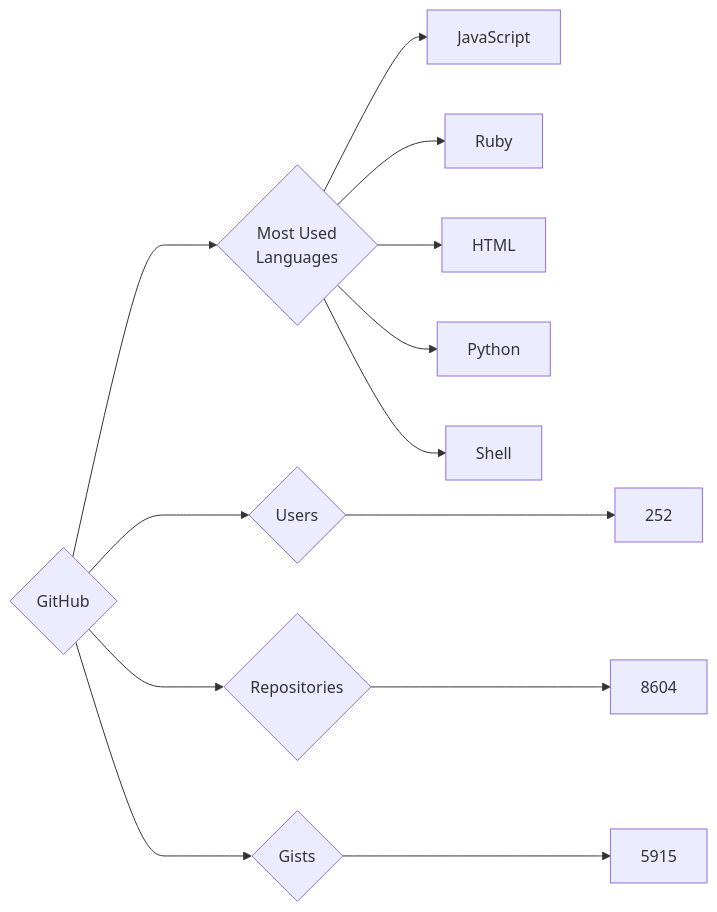
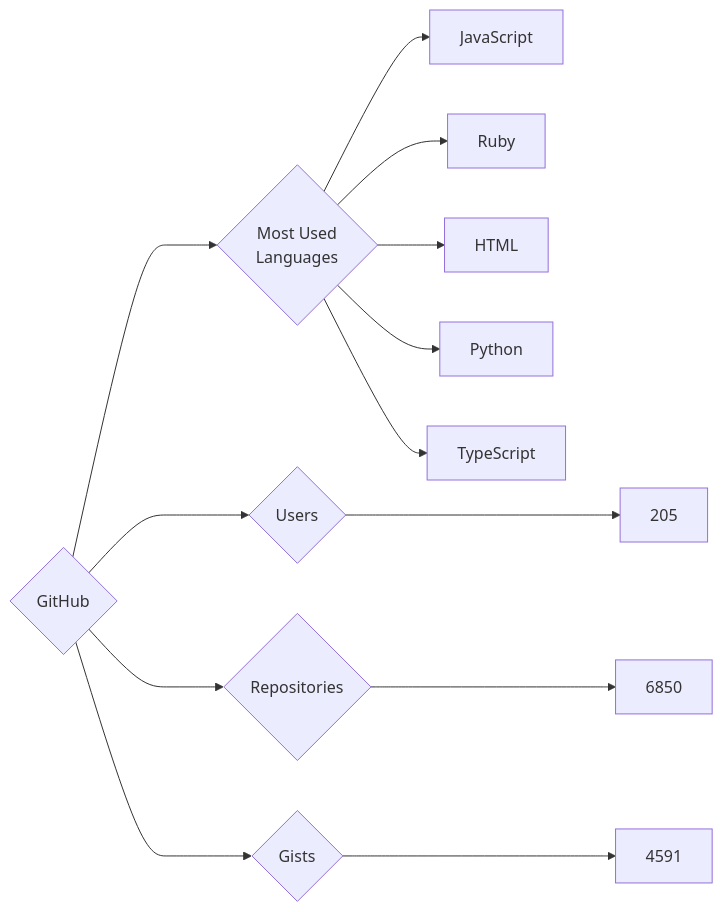
The diagram in targets/GitHub/README.md (trickest/insiders), drawn with Mermaid before and after one commit. The commit also changed 984 other files, not shown here.

````diff
--- a/targets/GitHub/README.md
+++ b/targets/GitHub/README.md
@@ -3,13 +3,13 @@
 ```mermaid
 graph LR
 COMPANY_NAME{GitHub}
-COMPANY_NAME ---> U{Users} ---> UN[252]
-COMPANY_NAME ---> R{Repositories} ---> RN[8604]
-COMPANY_NAME ---> G{Gists} ---> GN[5915]
+COMPANY_NAME ---> U{Users} ---> UN[205]
+COMPANY_NAME ---> R{Repositories} ---> RN[6850]
+COMPANY_NAME ---> G{Gists} ---> GN[4591]
 COMPANY_NAME ---> ML{Most Used<br>Languages}
 ML --> JavaScript[JavaScript]
 ML --> Ruby[Ruby]
 ML --> HTML[HTML]
 ML --> Python[Python]
-ML --> Shell[Shell]
+ML --> TypeScript[TypeScript]
 ```
````
